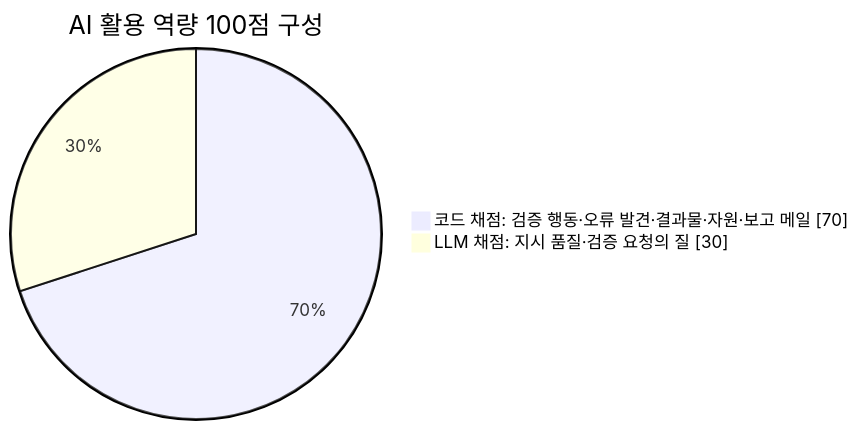
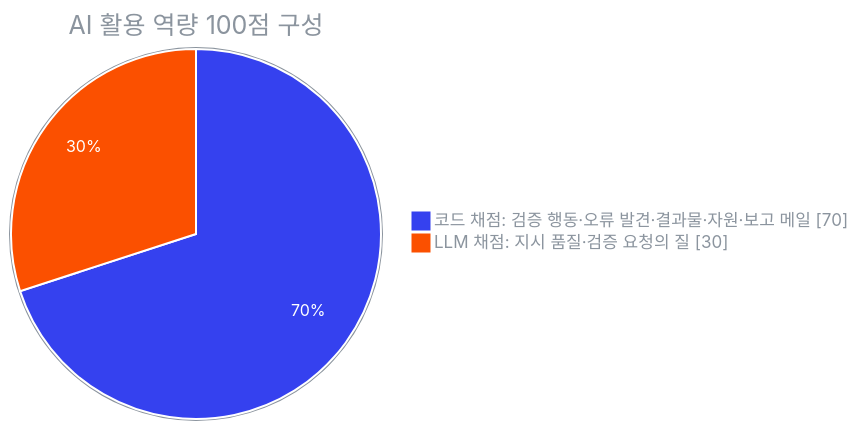
Before and after one commit to cc8s/korcham-ai-hackathon: the third of 3 diagrams in README.md, drawn with Mermaid.

Commit message:
README 점수 구성 그래프 색 지정: 다크 모드에서 조각이 검게 보이던 문제 수정

````diff
--- a/README.md
+++ b/README.md
@@ -102,6 +102,7 @@
 ```mermaid
+%%{init: {"theme": "base", "themeVariables": {"pie1": "#3541EF", "pie2": "#FB5000", "pieSectionTextColor": "#ffffff", "pieSectionTextSize": "16px", "pieTitleTextColor": "#8b949e", "pieLegendTextColor": "#8b949e", "pieStrokeColor": "#ffffff", "pieOuterStrokeColor": "#8b949e", "pieOpacity": "1"}}}%%
 pie showData
     title AI 활용 역량 100점 구성
     "코드 채점: 검증 행동·오류 발견·결과물·자원·보고 메일" : 70
     "LLM 채점: 지시 품질·검증 요청의 질" : 30
 ```
````
